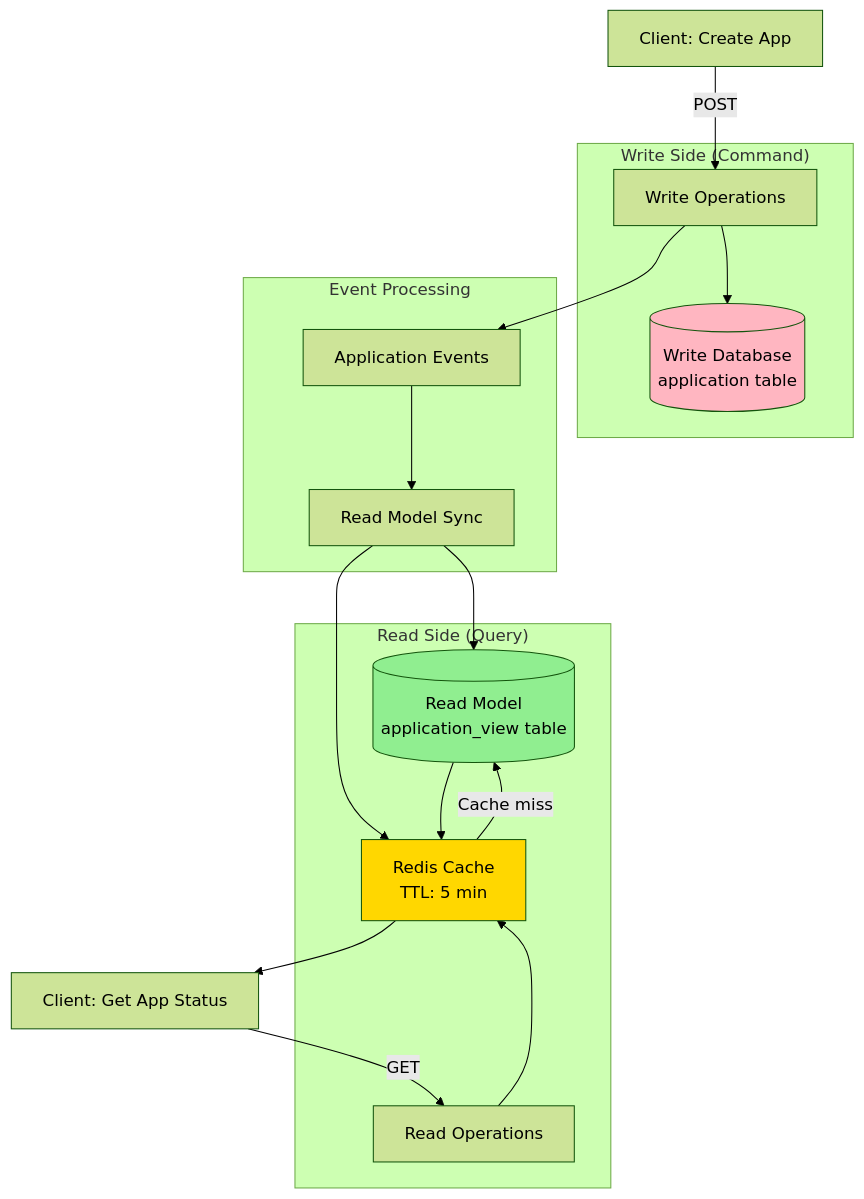
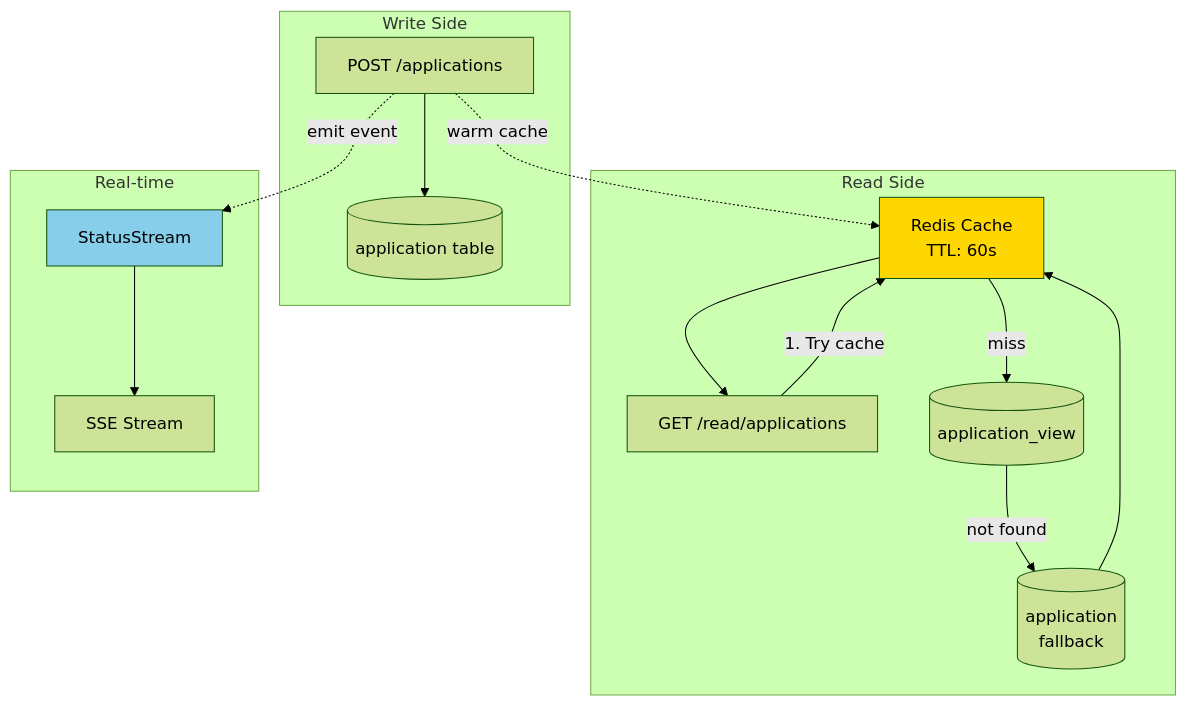
One commit to huytu0702/university_admission_portal changed the tenth of 13 diagrams in backend/docs/SYSTEM_FLOW_AFTER_PATTERNS.md. Above: the diagram before and after it, drawn with Mermaid (forest theme). The commit also changed other lines of this file, not shown here.

````diff
--- a/backend/docs/SYSTEM_FLOW_AFTER_PATTERNS.md
+++ b/backend/docs/SYSTEM_FLOW_AFTER_PATTERNS.md
@@ -1570,36 +1576,34 @@
 ```mermaid
 graph TB
-    subgraph "Write Side (Command)"
-        Write[Write Operations]
-        WriteDB[(Write Database<br/>application table)]
+    subgraph "Write Side"
+        Write[POST /applications]
+        WriteDB[(application table)]
     end
     
-    subgraph "Read Side (Query)"
-        Read[Read Operations]
-        ReadDB[(Read Model<br/>application_view table)]
-        Cache[Redis Cache<br/>TTL: 5 min]
+    subgraph "Read Side"
+        Read[GET /read/applications]
+        Cache[Redis Cache<br/>TTL: 60s]
+        ReadDB[(application_view)]
+        SourceDB[(application<br/>fallback)]
     end
     
-    subgraph "Event Processing"
-        Events[Application Events]
-        Sync[Read Model Sync]
+    subgraph "Real-time"
+        SSE[SSE Stream]
+        Stream[StatusStream]
     end
     
-    Client1[Client: Create App] -->|POST| Write
     Write --> WriteDB
-    Write --> Events
+    Write -.->|warm cache| Cache
     
-    Events --> Sync
-    Sync --> ReadDB
-    Sync --> Cache
+    Read -->|1. Try cache| Cache
+    Cache -->|miss| ReadDB
+    ReadDB -->|not found| SourceDB
+    SourceDB --> Cache
+    Cache --> Read
     
-    Client2[Client: Get App Status] -->|GET| Read
-    Read --> Cache
-    Cache -->|Cache miss| ReadDB
-    ReadDB --> Cache
-    Cache --> Client2
+    Write -.->|emit event| Stream
+    Stream --> SSE
     
-    style WriteDB fill:#FFB6C1
-    style ReadDB fill:#90EE90
     style Cache fill:#FFD700
+    style Stream fill:#87CEEB
 ```
````
